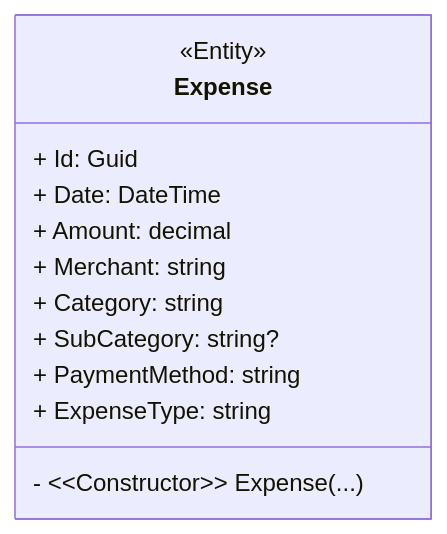
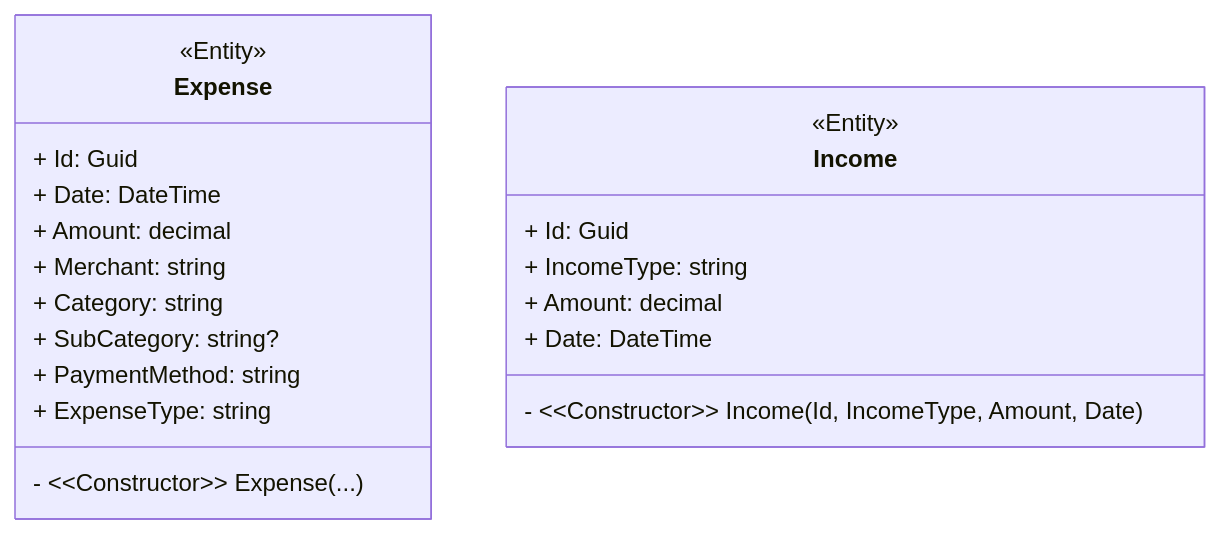
The diagram in README.md (jannikwk/budget-tracker-api), drawn with Mermaid before and after one commit. The commit also changed 2 other files, not shown here.

Commit message:
feat: add Income class & corresponding unit tests

````diff
--- a/README.md
+++ b/README.md
@@ -4,17 +4,26 @@
 ```mermaid
 classDiagram-v2
     direction TB
 
     class Expense {
         <<Entity>>
         + Id: Guid
         + Date: DateTime
         + Amount: decimal
         + Merchant: string
         + Category: string
         + SubCategory: string?
         + PaymentMethod: string
         + ExpenseType: string
         - ~~Constructor~~ Expense(...)
     }
+
+    class Income {
+        <<Entity>>
+        + Id: Guid
+        + IncomeType: string
+        + Amount: decimal
+        + Date: DateTime
+        - ~~Constructor~~ Income(Id, IncomeType, Amount, Date)
+    }
 ```
````
